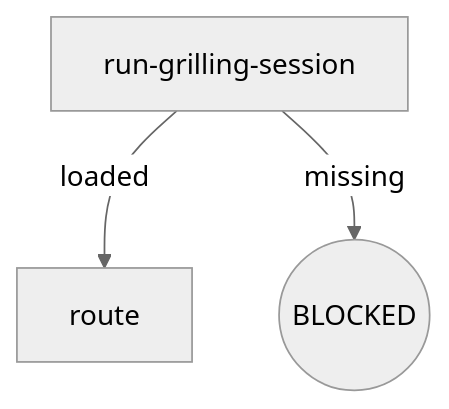
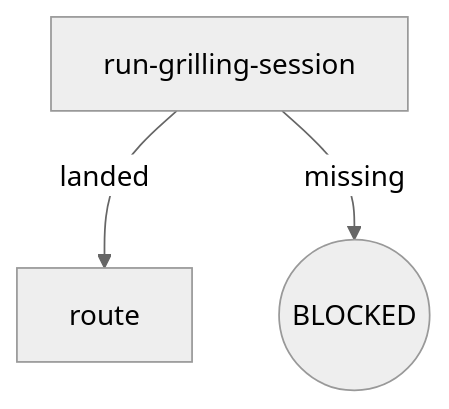
One commit to Oscaner/skills changed the diagram in docs/maintainers/skill-authoring.md. Above: the diagram before and after it, drawn with Mermaid (neutral theme). The commit also changed other lines of this file and 5 other files, not shown here.

````diff
--- a/docs/maintainers/skill-authoring.md
+++ b/docs/maintainers/skill-authoring.md
@@ -61,5 +61,5 @@
 ```mermaid
 flowchart TD
-  A[run-grilling-session] -->|loaded| B[route]
+  A[run-grilling-session] -->|landed| B[route]
   A -->|missing| Z((BLOCKED))
 ```
````
